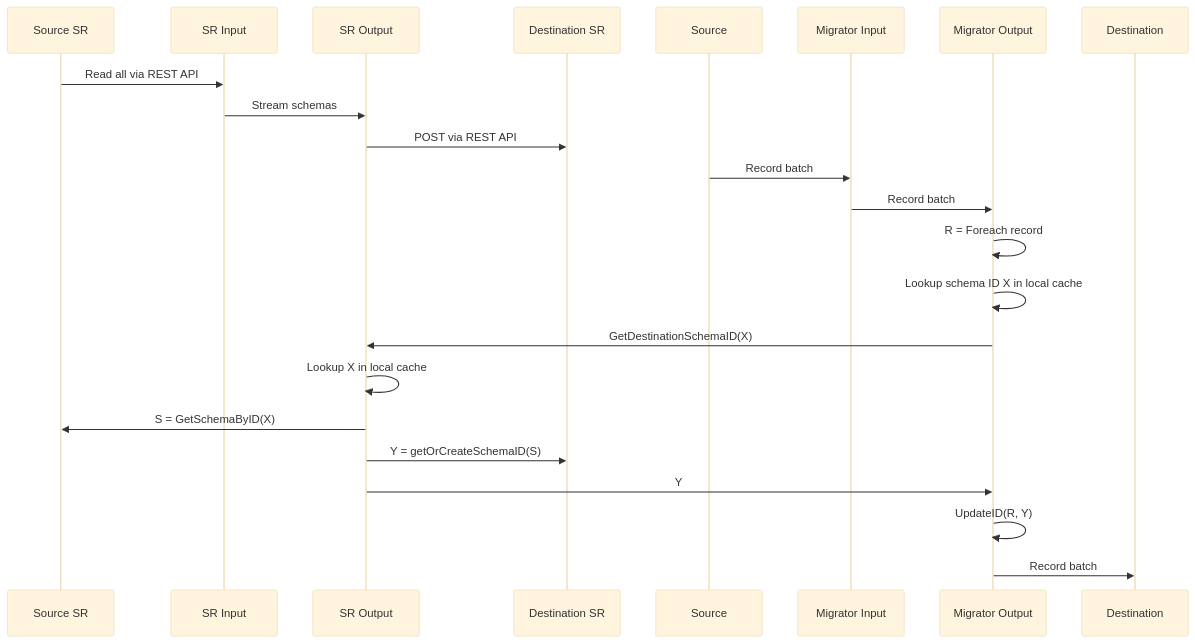
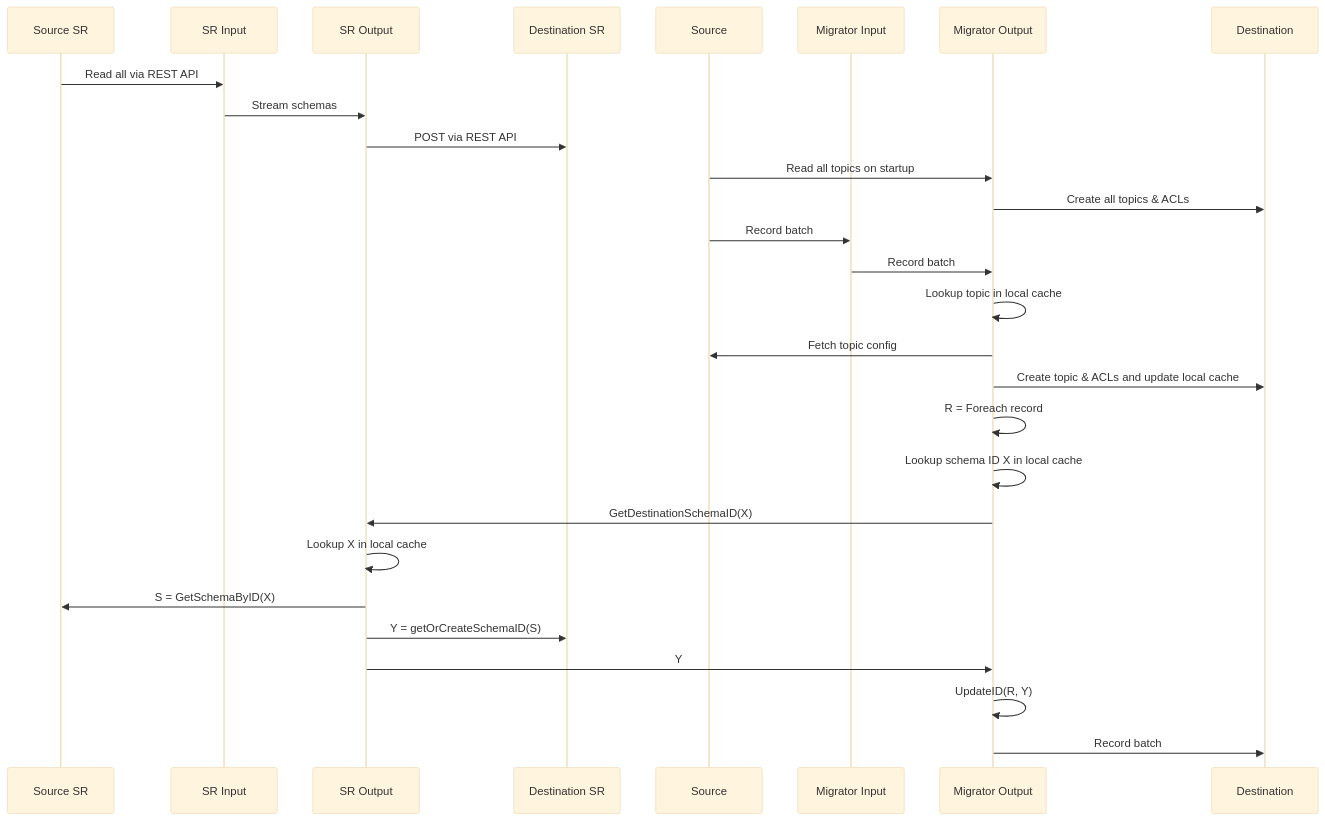
The third of 4 diagrams in internal/impl/kafka/enterprise/redpanda_migrator.md (redpanda-data/connect), drawn with Mermaid (base theme) before and after one commit. The commit also changed other lines of this file and 2 other files, not shown here.

Commit message:
Simplify redpanda_migrator_offsets output logic

````diff
--- a/internal/impl/kafka/enterprise/redpanda_migrator.md
+++ b/internal/impl/kafka/enterprise/redpanda_migrator.md
@@ -57,18 +66,32 @@
 ```mermaid
 sequenceDiagram
+
+participant Source SR
+participant SR Input
+participant SR Output
+participant Destination SR
+participant Source
+participant Migrator Input
+participant Migrator Output
+participant Destination
 
 Source SR->>SR Input: Read all via REST API
 SR Input->>SR Output: Stream schemas
 SR Output->>Destination SR: POST via REST API
+Source->>Migrator Output: Read all topics on startup
+Migrator Output->>Destination: Create all topics & ACLs
 Source->>Migrator Input: Record batch
 Migrator Input->>Migrator Output: Record batch
+Migrator Output->>Migrator Output: Lookup topic in local cache
+Migrator Output->>Source: Fetch topic config
+Migrator Output->>Destination: Create topic & ACLs and update local cache
 Migrator Output->>Migrator Output: R = Foreach record
 Migrator Output->>Migrator Output: Lookup schema ID X in local cache
 Migrator Output->>SR Output: GetDestinationSchemaID(X)
 SR Output->>SR Output: Lookup X in local cache
 SR Output->>Source SR: S = GetSchemaByID(X)
 SR Output->>Destination SR: Y = getOrCreateSchemaID(S)
 SR Output->>Migrator Output: Y
 Migrator Output->>Migrator Output: UpdateID(R, Y)
 Migrator Output->>Destination: Record batch
 ```
````
